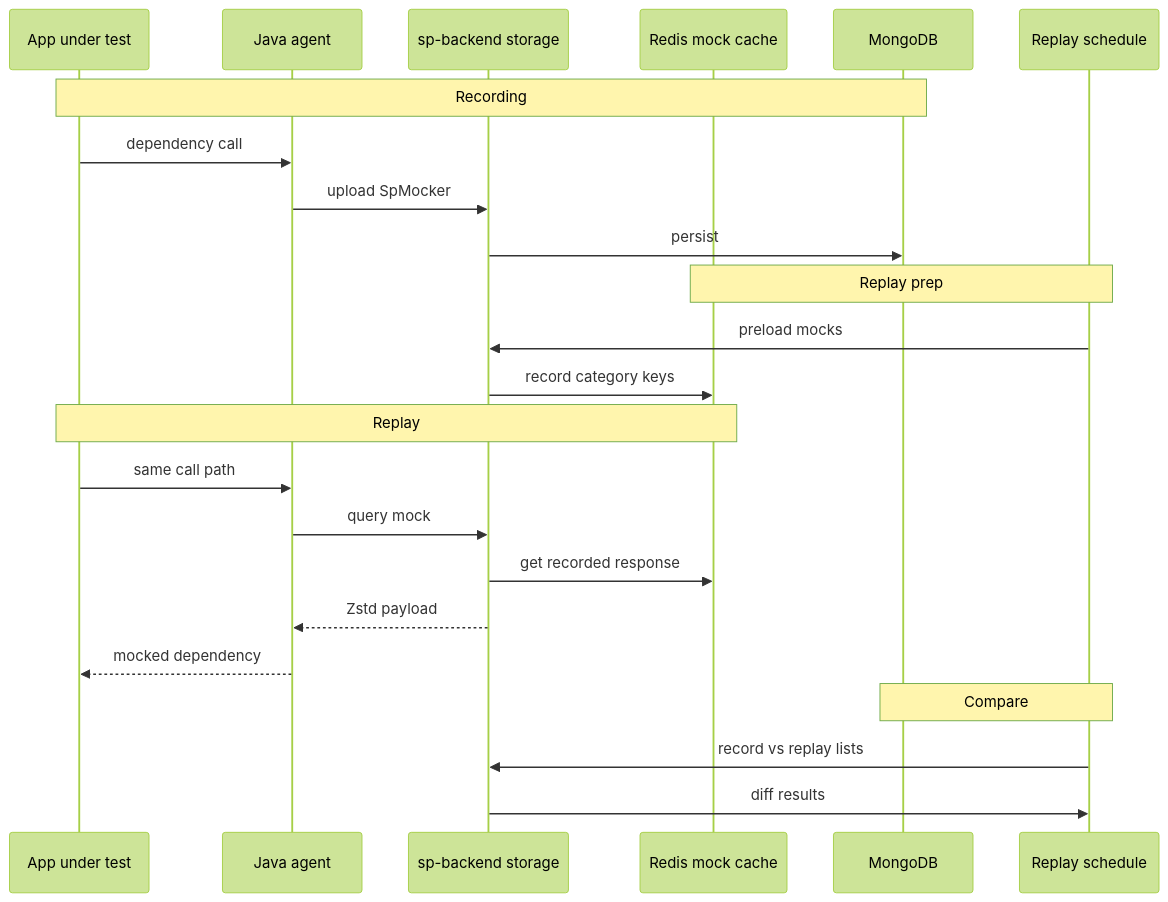
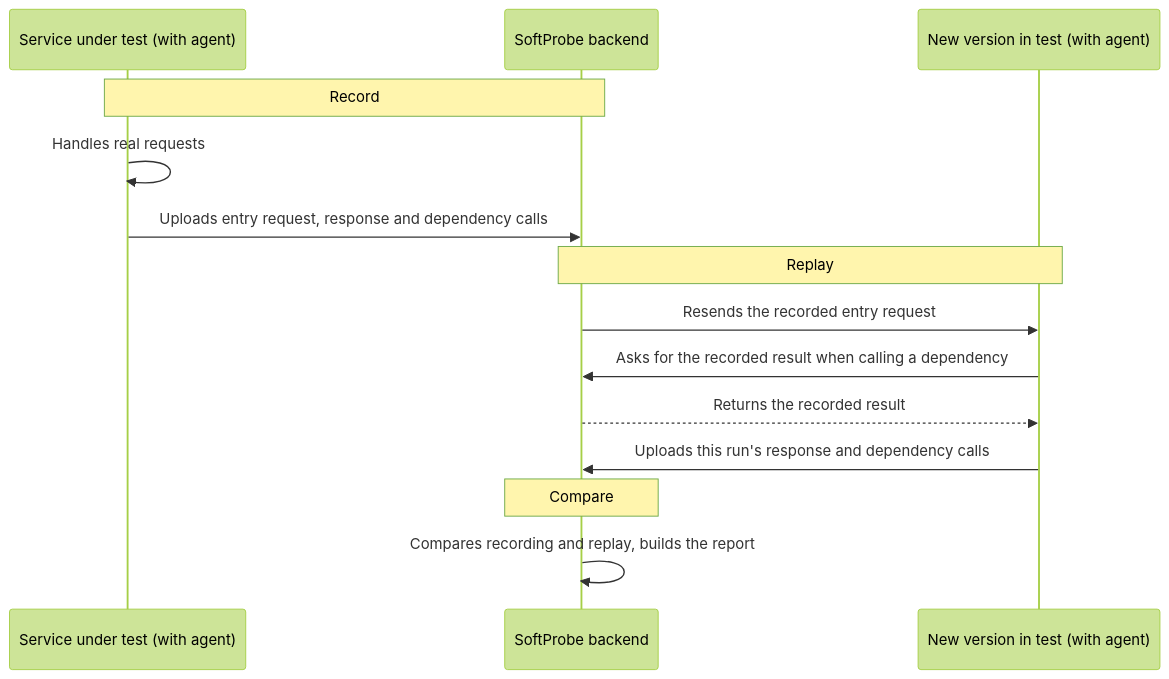
One commit to softprobe/document-website changed the diagram in en/testing/how-it-works.md. Above: the diagram before and after it, drawn with Mermaid (forest theme). The commit also changed other lines of this file and 102 other files, not shown here.

````diff
--- a/en/testing/how-it-works.md
+++ b/en/testing/how-it-works.md
@@ -11,29 +11,19 @@
 ```mermaid
 sequenceDiagram
-  participant App as App under test
-  participant Agent as Java agent
-  participant Storage as sp-backend storage
-  participant Redis as Redis mock cache
-  participant Mongo as MongoDB
-  participant Schedule as Replay schedule
+  participant App as Service under test (with agent)
+  participant Backend as SoftProbe backend
+  participant Target as New version in test (with agent)
 
-  Note over App,Mongo: Recording
-  App->>Agent: dependency call
-  Agent->>Storage: upload SpMocker
-  Storage->>Mongo: persist
+  Note over App,Backend: Record
+  App->>App: Handles real requests
+  App->>Backend: Uploads entry request, response and dependency calls
 
-  Note over Schedule,Redis: Replay prep
-  Schedule->>Storage: preload mocks
-  Storage->>Redis: record category keys
+  Note over Backend,Target: Replay
+  Backend->>Target: Resends the recorded entry request
+  Target->>Backend: Asks for the recorded result when calling a dependency
+  Backend-->>Target: Returns the recorded result
+  Target->>Backend: Uploads this run's response and dependency calls
 
-  Note over App,Redis: Replay
-  App->>Agent: same call path
-  Agent->>Storage: query mock
-  Storage->>Redis: get recorded response
-  Storage-->>Agent: Zstd payload
-  Agent-->>App: mocked dependency
-
-  Note over Schedule,Mongo: Compare
-  Schedule->>Storage: record vs replay lists
-  Storage->>Schedule: diff results
+  Note over Backend: Compare
+  Backend->>Backend: Compares recording and replay, builds the report
 ```
````
